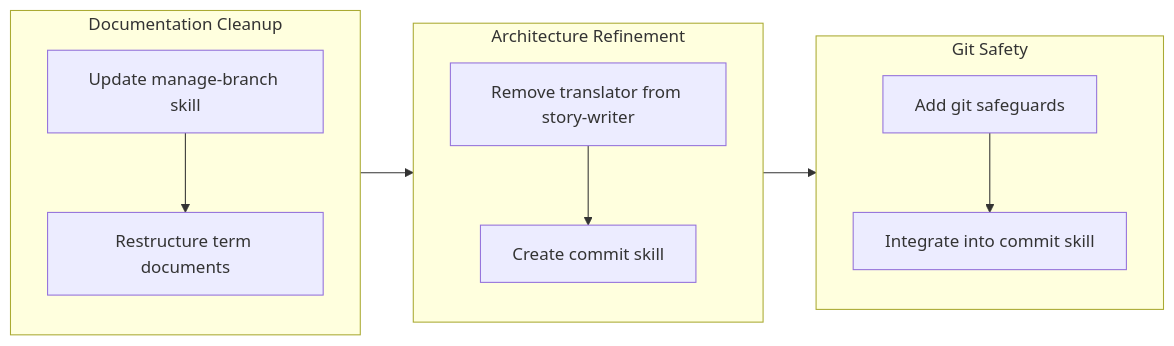
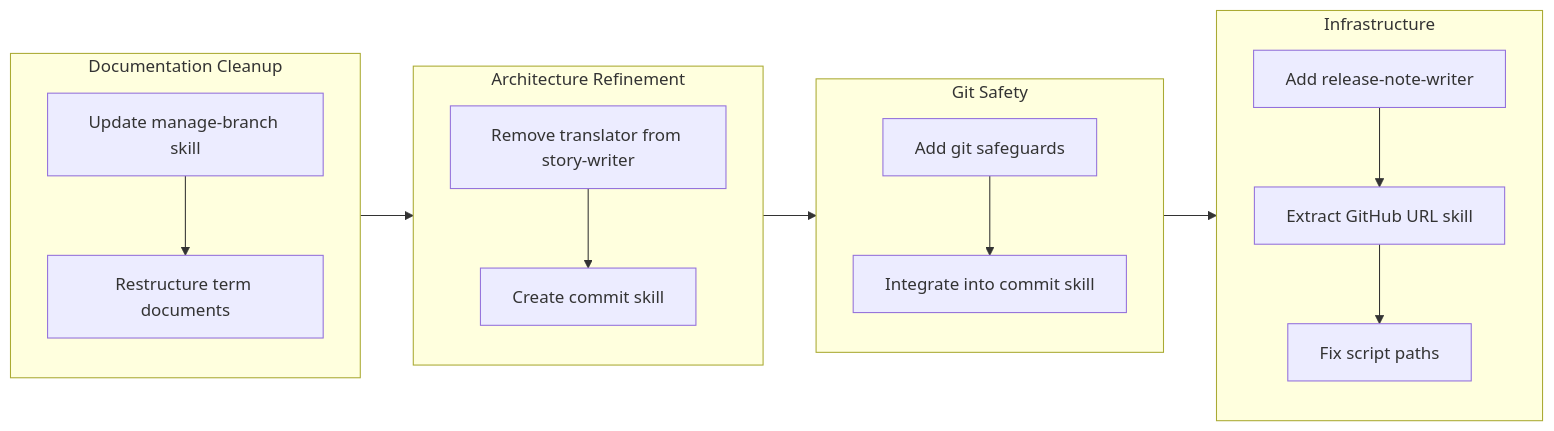
Before and after one commit to qmu/workaholic: the diagram in .workaholic/stories/drive-20260204-160722.md, drawn with Mermaid. The commit also changed other lines of this file and 5 other files, not shown here.

````diff
--- a/.workaholic/stories/drive-20260204-160722.md
+++ b/.workaholic/stories/drive-20260204-160722.md
@@ -29,19 +29,24 @@
 ```mermaid
 flowchart LR
   subgraph Documentation[Documentation Cleanup]
     direction TB
     d1[Update manage-branch skill] --> d2[Restructure term documents]
   end
 
   subgraph Architecture[Architecture Refinement]
     direction TB
     a1[Remove translator from story-writer] --> a2[Create commit skill]
   end
 
   subgraph Safety[Git Safety]
     direction TB
     s1[Add git safeguards] --> s2[Integrate into commit skill]
   end
 
-  Documentation --> Architecture --> Safety
+  subgraph Infrastructure[Infrastructure]
+    direction TB
+    i1[Add release-note-writer] --> i2[Extract GitHub URL skill] --> i3[Fix script paths]
+  end
+
+  Documentation --> Architecture --> Safety --> Infrastructure
 ```
````
